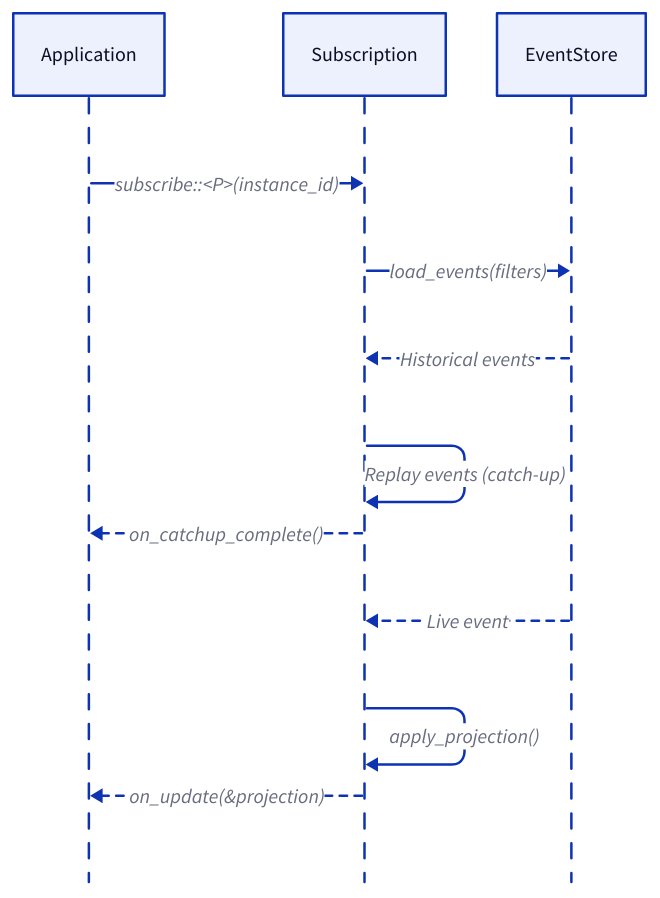
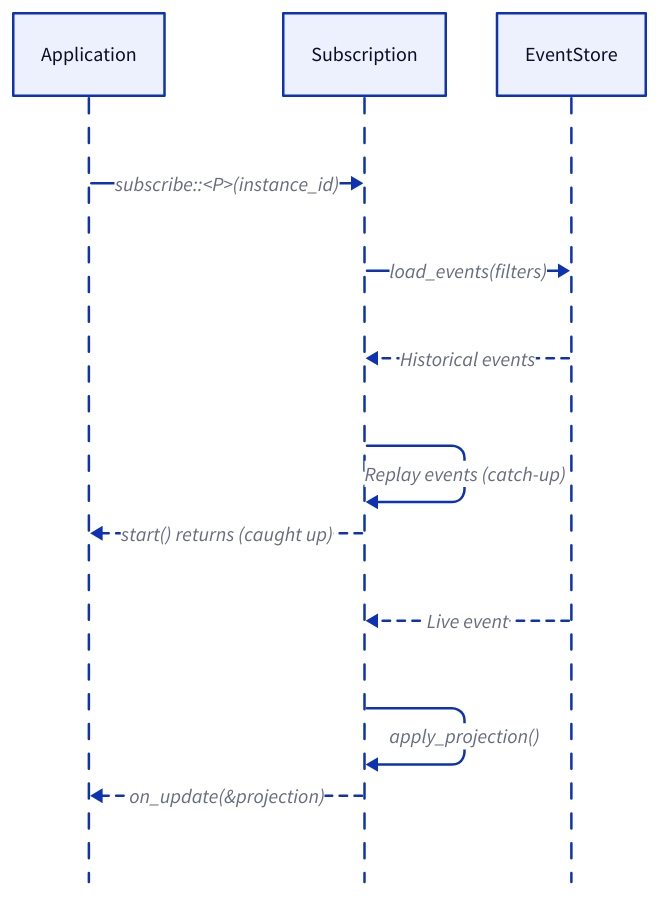
One commit to danieleades/sourcery changed the diagram in docs/src/advanced/subscriptions.md. Above: the diagram before and after it, drawn with D2. The commit also changed other lines of this file and 51 other files, not shown here.

````diff
--- a/docs/src/advanced/subscriptions.md
+++ b/docs/src/advanced/subscriptions.md
@@ -13,16 +28,16 @@
 ```d2
 shape: sequence_diagram
 
 App: Application
 Sub: Subscription
 Store: EventStore
 
 App -> Sub: "subscribe::<P>(instance_id)"
 Sub -> Store: "load_events(filters)"
 Store -> Sub: "Historical events" {style.stroke-dash: 3}
 Sub -> Sub: "Replay events (catch-up)"
-Sub -> App: "on_catchup_complete()" {style.stroke-dash: 3}
+Sub -> App: "start() returns (caught up)" {style.stroke-dash: 3}
 Store -> Sub: "Live event" {style.stroke-dash: 3}
 Sub -> Sub: "apply_projection()"
 Sub -> App: "on_update(&projection)" {style.stroke-dash: 3}
 ```
````
